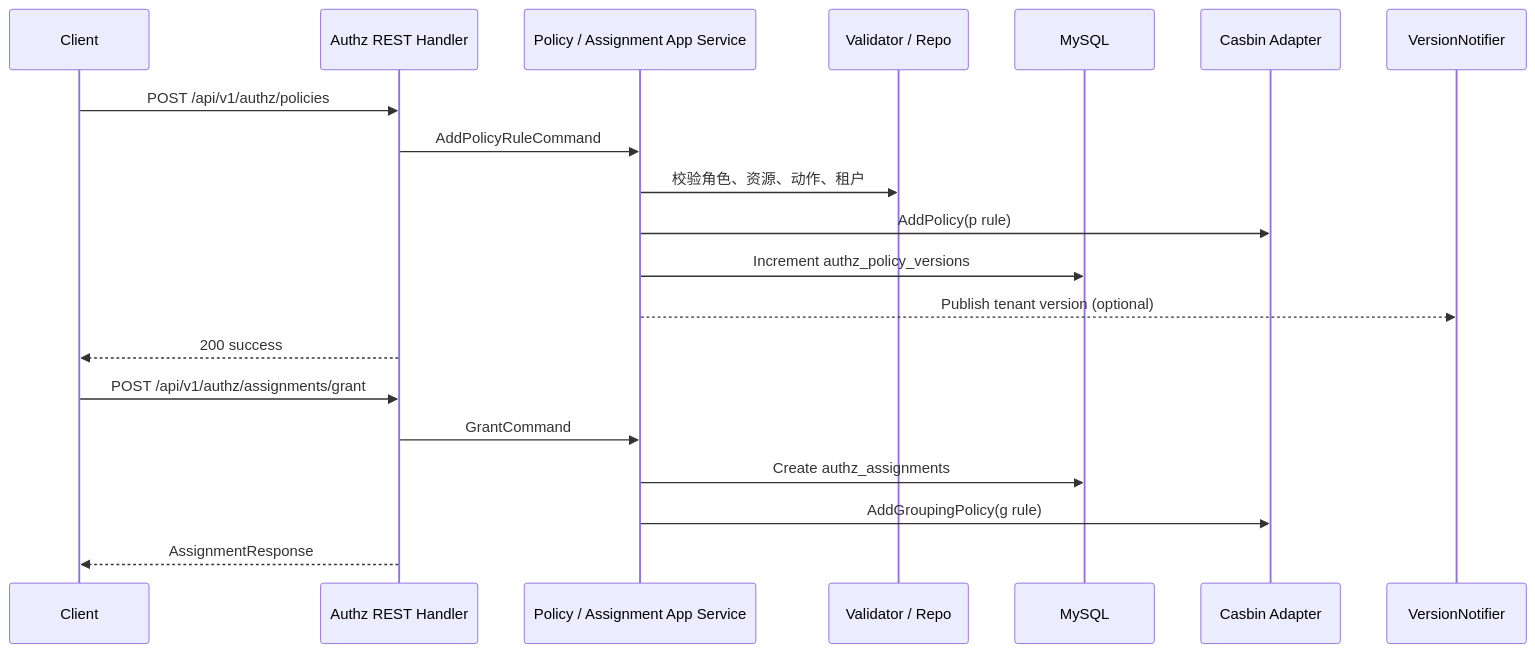
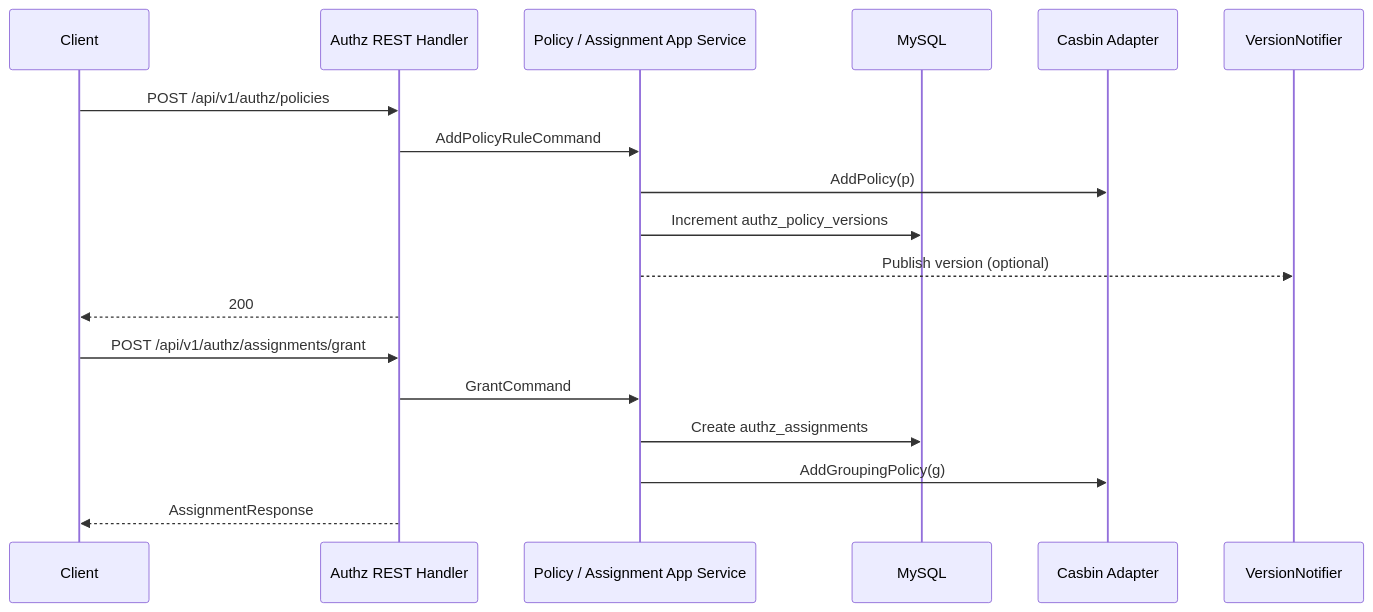
One commit to FangcunMount/iam-contracts changed the second of 3 diagrams in docs/05-专题分析/02-授权判定链路：角色、策略、资源、Assignment、Casbin.md. Above: the diagram before and after it, drawn with Mermaid. The commit also changed other lines of this file and 24 other files, not shown here.

````diff
--- a/docs/05-专题分析/02-授权判定链路：角色、策略、资源、Assignment、Casbin.md
+++ b/docs/05-专题分析/02-授权判定链路：角色、策略、资源、Assignment、Casbin.md
@@ -34,24 +133,22 @@
 ```mermaid
 sequenceDiagram
     participant Client as Client
     participant REST as Authz REST Handler
     participant App as Policy / Assignment App Service
-    participant Domain as Validator / Repo
     participant MySQL as MySQL
     participant Casbin as Casbin Adapter
     participant MQ as VersionNotifier
 
     Client->>REST: POST /api/v1/authz/policies
     REST->>App: AddPolicyRuleCommand
-    App->>Domain: 校验角色、资源、动作、租户
-    App->>Casbin: AddPolicy(p rule)
+    App->>Casbin: AddPolicy(p)
     App->>MySQL: Increment authz_policy_versions
-    App-->>MQ: Publish tenant version (optional)
-    REST-->>Client: 200 success
+    App-->>MQ: Publish version (optional)
+    REST-->>Client: 200
 
     Client->>REST: POST /api/v1/authz/assignments/grant
     REST->>App: GrantCommand
     App->>MySQL: Create authz_assignments
-    App->>Casbin: AddGroupingPolicy(g rule)
+    App->>Casbin: AddGroupingPolicy(g)
     REST-->>Client: AssignmentResponse
 ```
````
